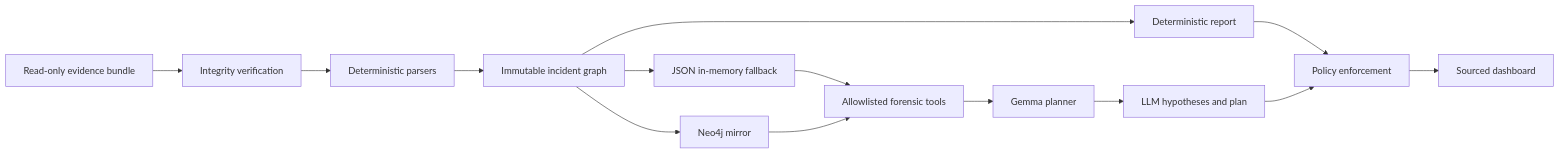
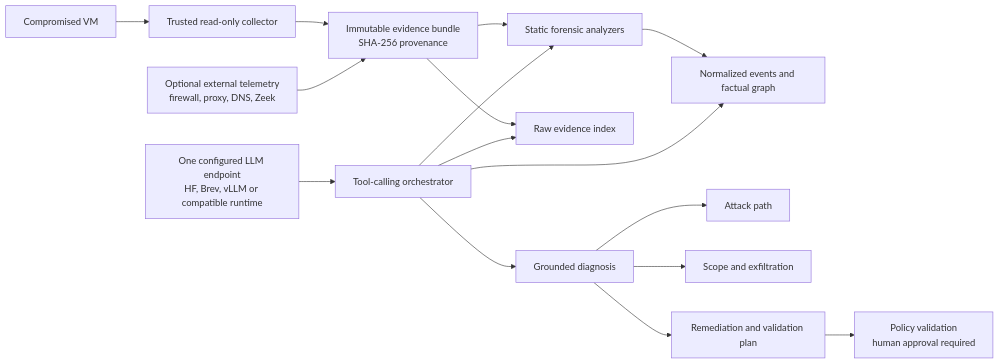
The diagram in docs/ARCHITECTURE.md (godefroym/GemmaHack42), drawn with Mermaid before and after one commit. The commit also changed other lines of this file and 28 other files, not shown here.

Commit message:
Implement endpoint-driven Gemma forensic workflow

````diff
--- a/docs/ARCHITECTURE.md
+++ b/docs/ARCHITECTURE.md
@@ -3,16 +3,22 @@
 ```mermaid
 flowchart LR
-    A["Read-only evidence bundle"] --> B["Integrity verification"]
-    B --> C["Deterministic parsers"]
-    C --> D["Immutable incident graph"]
-    D --> E["JSON in-memory fallback"]
-    D --> F["Neo4j mirror"]
-    E --> G["Allowlisted forensic tools"]
-    F --> G
-    G --> H["Gemma planner"]
-    D --> I["Deterministic report"]
-    H --> J["LLM hypotheses and plan"]
-    I --> K["Policy enforcement"]
-    J --> K
-    K --> L["Sourced dashboard"]
+    A["Compromised VM"] --> B["Trusted read-only collector"]
+    B --> C["Immutable evidence bundle<br/>SHA-256 provenance"]
+    X["Optional external telemetry<br/>firewall, proxy, DNS, Zeek"] --> C
+
+    C --> D["Static forensic analyzers"]
+    D --> E["Normalized events and factual graph"]
+    C --> F["Raw evidence index"]
+
+    G["One configured LLM endpoint<br/>HF, Brev, vLLM or compatible runtime"]
+    G --> H["Tool-calling orchestrator"]
+    H --> D
+    H --> E
+    H --> F
+
+    H --> I["Grounded diagnosis"]
+    I --> J["Attack path"]
+    I --> K["Scope and exfiltration"]
+    I --> L["Remediation and validation plan"]
+    L --> M["Policy validation<br/>human approval required"]
 ```
````
